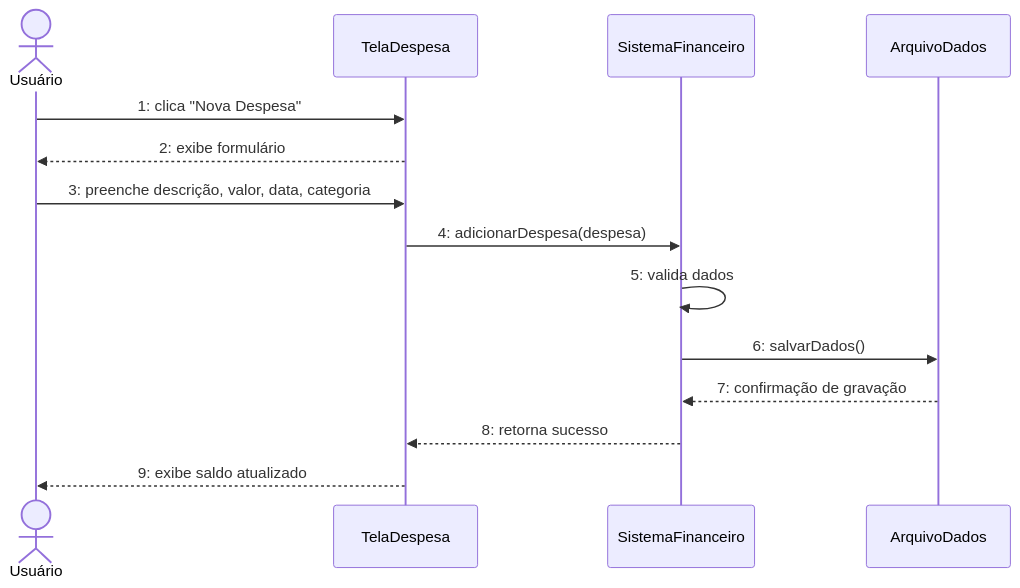
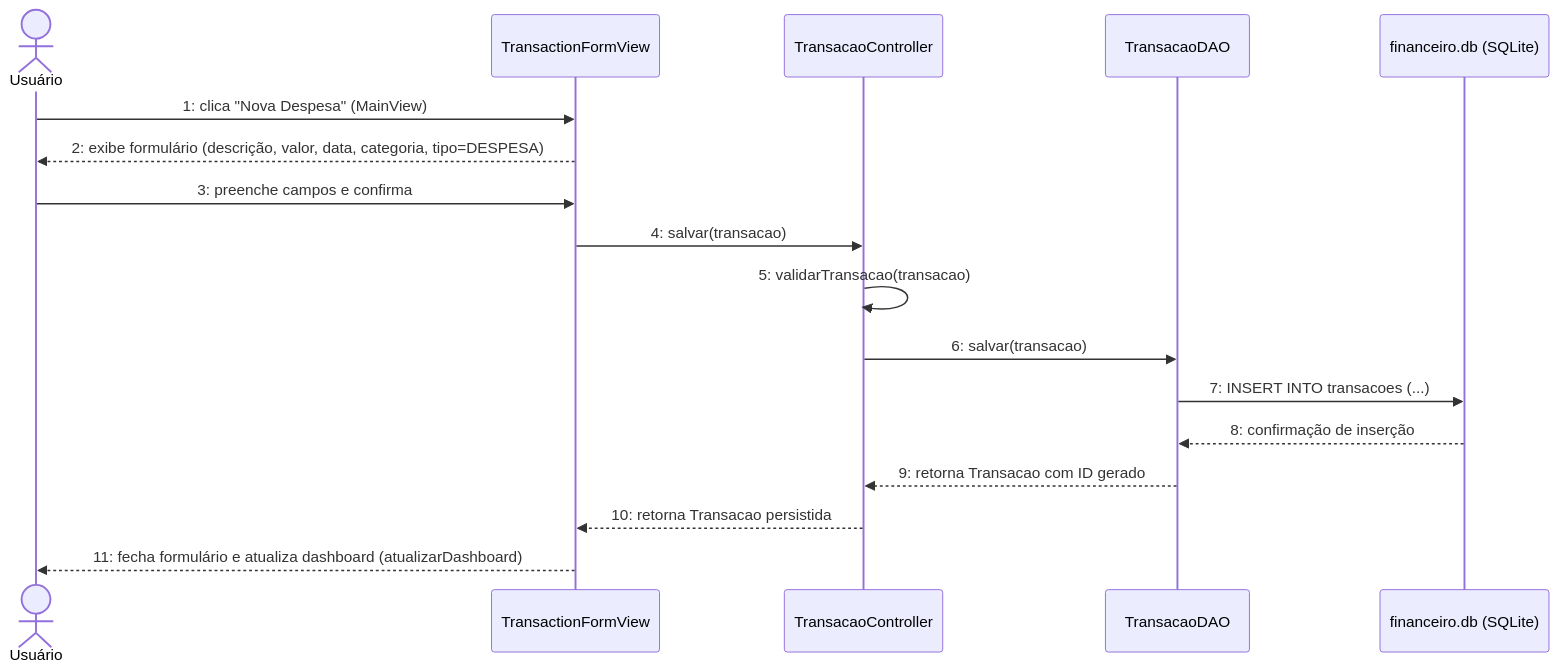
The second of 7 diagrams in relacionamento/ds.md (NEXA-project-br/NEXA), drawn with Mermaid before and after one commit. The commit also changed other lines of this file and 4 other files, not shown here.

````diff
--- a/relacionamento/ds.md
+++ b/relacionamento/ds.md
@@ -31,17 +35,20 @@
 ```mermaid
 sequenceDiagram
   actor U as Usuário
-  participant T as TelaDespesa
-  participant S as SistemaFinanceiro
-  participant D as ArquivoDados
+  participant V as TransactionFormView
+  participant C as TransacaoController
+  participant D as TransacaoDAO
+  participant DB as financeiro.db (SQLite)
 
-  U->>T: 1: clica "Nova Despesa"
-  T-->>U: 2: exibe formulário
-  U->>T: 3: preenche descrição, valor, data, categoria
-  T->>S: 4: adicionarDespesa(despesa)
-  S->>S: 5: valida dados
-  S->>D: 6: salvarDados()
-  D-->>S: 7: confirmação de gravação
-  S-->>T: 8: retorna sucesso
-  T-->>U: 9: exibe saldo atualizado
+  U->>V: 1: clica "Nova Despesa" (MainView)
+  V-->>U: 2: exibe formulário (descrição, valor, data, categoria, tipo=DESPESA)
+  U->>V: 3: preenche campos e confirma
+  V->>C: 4: salvar(transacao)
+  C->>C: 5: validarTransacao(transacao)
+  C->>D: 6: salvar(transacao)
+  D->>DB: 7: INSERT INTO transacoes (...)
+  DB-->>D: 8: confirmação de inserção
+  D-->>C: 9: retorna Transacao com ID gerado
+  C-->>V: 10: retorna Transacao persistida
+  V-->>U: 11: fecha formulário e atualiza dashboard (atualizarDashboard)
 ```
````
